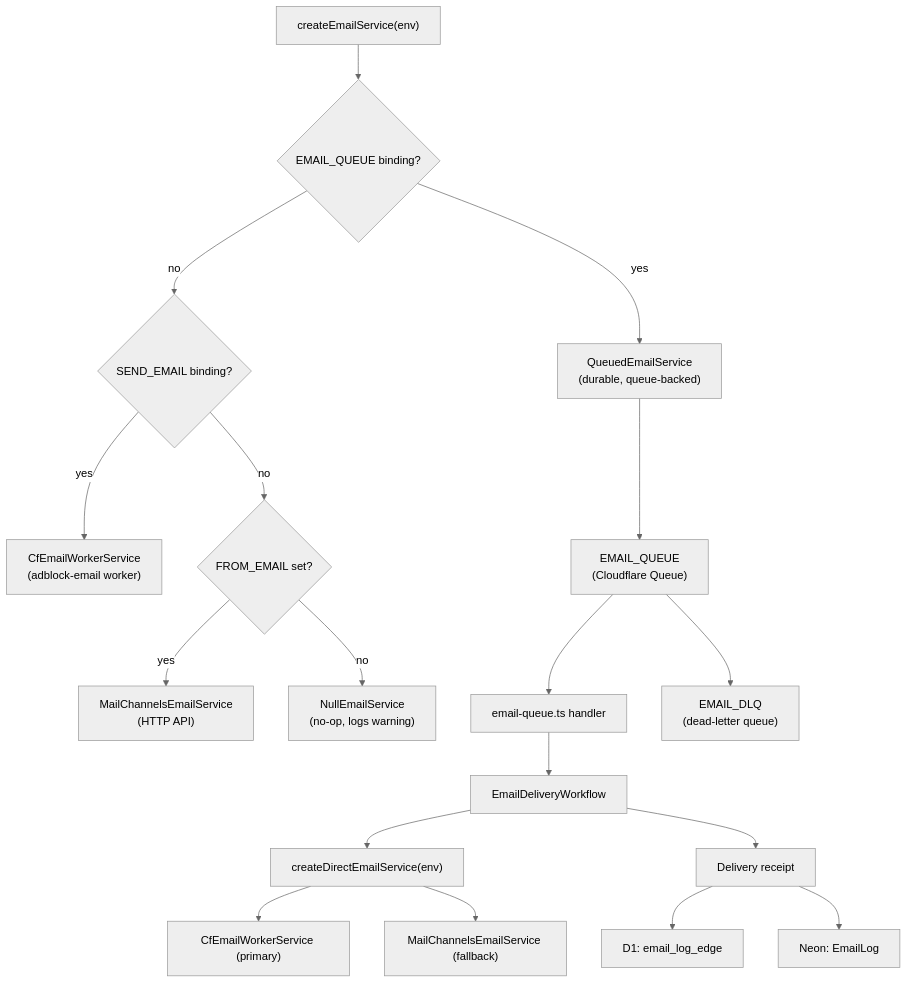
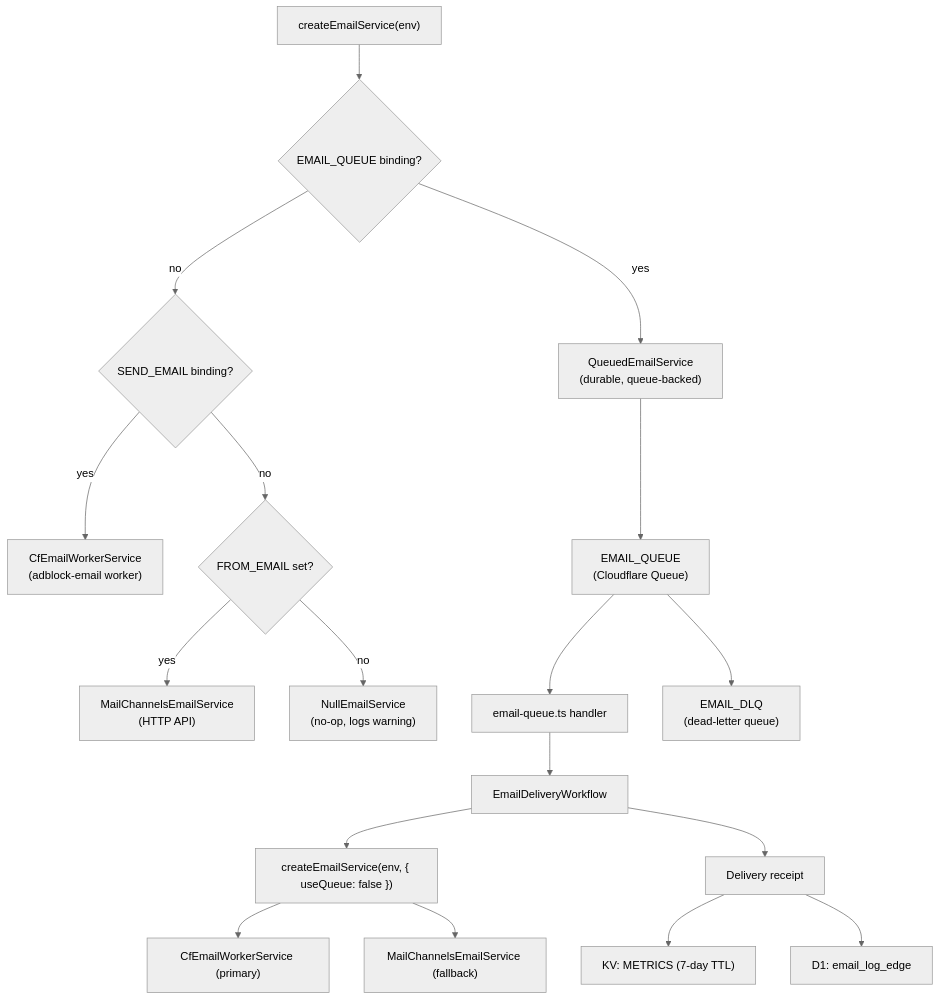
One commit to jaypatrick/adblock-compiler changed the diagram in docs/cloudflare/EMAIL_SERVICE.md. Above: the diagram before and after it, drawn with Mermaid (neutral theme). The commit also changed other lines of this file and 3 other files, not shown here.

````diff
--- a/docs/cloudflare/EMAIL_SERVICE.md
+++ b/docs/cloudflare/EMAIL_SERVICE.md
@@ -9,22 +9,22 @@
 ```mermaid
 flowchart TD
     Factory["createEmailService(env)"] --> P1{EMAIL_QUEUE binding?}
     P1 -- yes --> QSvc["QueuedEmailService\n(durable, queue-backed)"]
     P1 -- no --> P2{SEND_EMAIL binding?}
     P2 -- yes --> CFSvc["CfEmailWorkerService\n(adblock-email worker)"]
     P2 -- no --> P3{FROM_EMAIL set?}
     P3 -- yes --> MCSvc["MailChannelsEmailService\n(HTTP API)"]
     P3 -- no --> NullSvc["NullEmailService\n(no-op, logs warning)"]
 
     QSvc --> Queue["EMAIL_QUEUE\n(Cloudflare Queue)"]
     Queue --> QHandler["email-queue.ts handler"]
     QHandler --> WF["EmailDeliveryWorkflow"]
-    WF --> DirectFactory["createDirectEmailService(env)"]
+    WF --> DirectFactory["createEmailService(env, { useQueue: false })"]
     DirectFactory --> CFSvc2["CfEmailWorkerService (primary)"]
     DirectFactory --> MCSvc2["MailChannelsEmailService (fallback)"]
     WF --> Receipt["Delivery receipt"]
+    Receipt --> KV["KV: METRICS (7-day TTL)"]
     Receipt --> D1["D1: email_log_edge"]
-    Receipt --> Neon["Neon: EmailLog"]
 
     Queue --> DLQ["EMAIL_DLQ\n(dead-letter queue)"]
 ```
````
